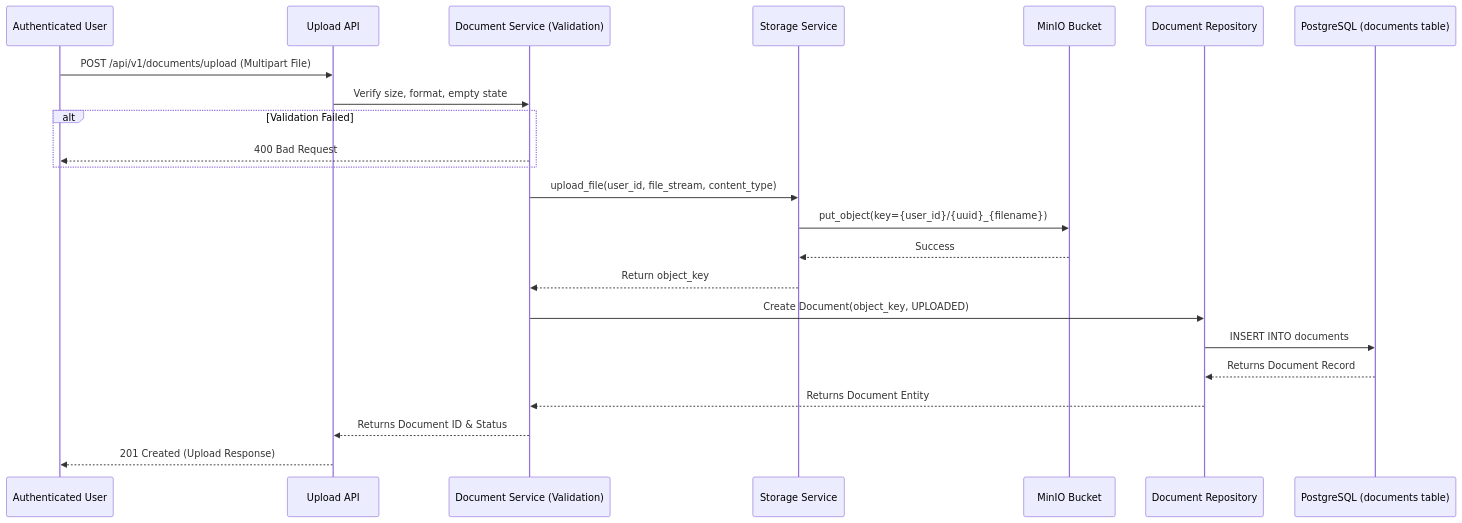
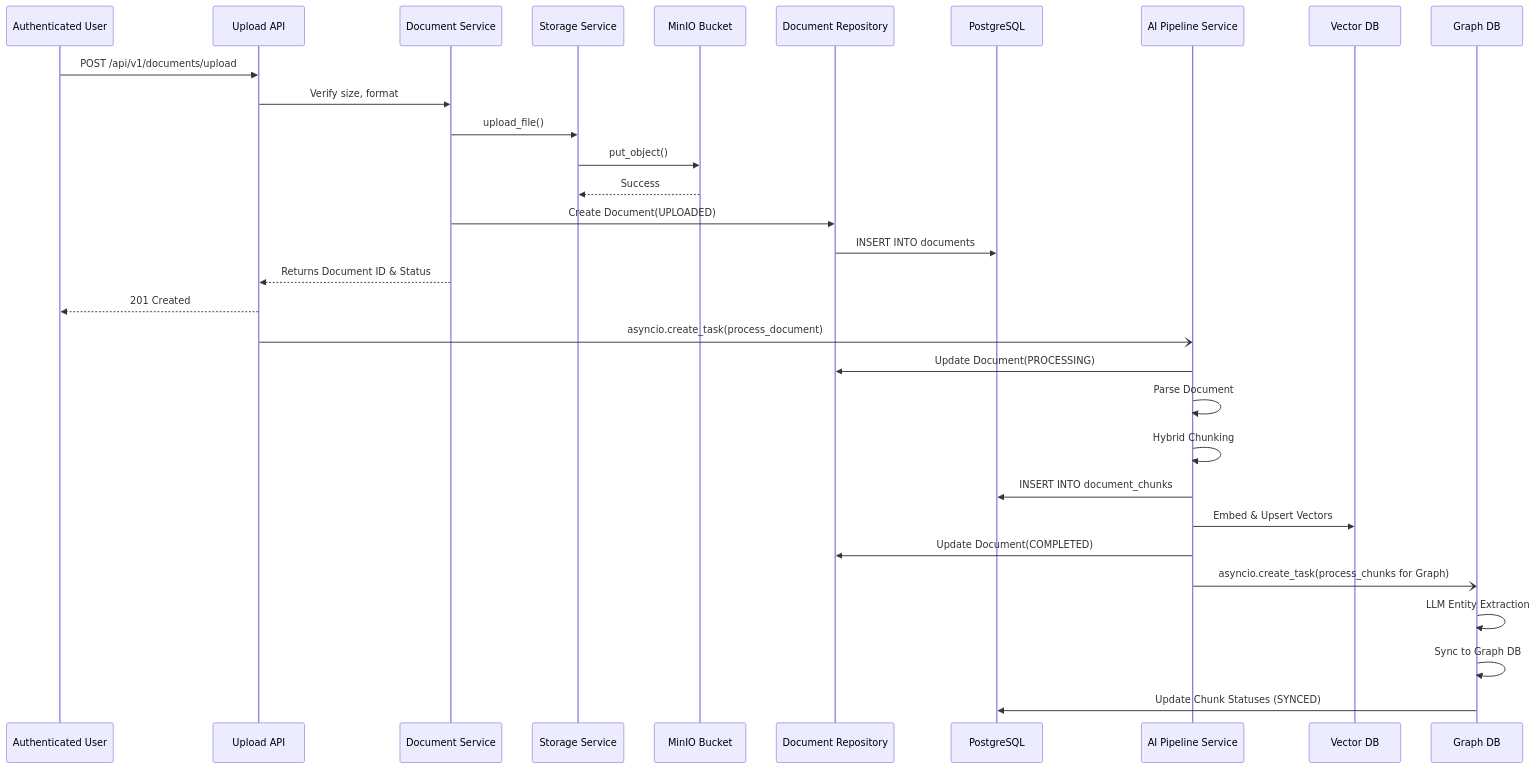
One commit to hassanyass/Hybrid-GraphRAG-AskMe changed the diagram in docs/SYSTEM_WORKFLOW.md. Above: the diagram before and after it, drawn with Mermaid. The commit also changed other lines of this file and 11 other files, not shown here.

````diff
--- a/docs/SYSTEM_WORKFLOW.md
+++ b/docs/SYSTEM_WORKFLOW.md
@@ -15,26 +15,38 @@
 ```mermaid
 sequenceDiagram
     participant User as Authenticated User
     participant API as Upload API
-    participant Validation as Document Service (Validation)
+    participant Validation as Document Service
     participant Storage as Storage Service
     participant MinIO as MinIO Bucket
     participant Repo as Document Repository
-    participant DB as PostgreSQL (documents table)
+    participant DB as PostgreSQL
+    participant Pipeline as AI Pipeline Service
+    participant Qdrant as Vector DB
+    participant Neo4j as Graph DB
 
-    User->>API: POST /api/v1/documents/upload (Multipart File)
-    API->>Validation: Verify size, format, empty state
-    alt Validation Failed
-        Validation-->>User: 400 Bad Request
-    end
-    Validation->>Storage: upload_file(user_id, file_stream, content_type)
-    Storage->>MinIO: put_object(key={user_id}/{uuid}_{filename})
+    User->>API: POST /api/v1/documents/upload
+    API->>Validation: Verify size, format
+    Validation->>Storage: upload_file()
+    Storage->>MinIO: put_object()
     MinIO-->>Storage: Success
-    Storage-->>Validation: Return object_key
-    Validation->>Repo: Create Document(object_key, UPLOADED)
+    Validation->>Repo: Create Document(UPLOADED)
     Repo->>DB: INSERT INTO documents
-    DB-->>Repo: Returns Document Record
-    Repo-->>Validation: Returns Document Entity
     Validation-->>API: Returns Document ID & Status
-    API-->>User: 201 Created (Upload Response)
+    API-->>User: 201 Created
+    
+    %% Background AI Pipeline
+    API-)Pipeline: asyncio.create_task(process_document)
+    Pipeline->>Repo: Update Document(PROCESSING)
+    Pipeline->>Pipeline: Parse Document
+    Pipeline->>Pipeline: Hybrid Chunking
+    Pipeline->>DB: INSERT INTO document_chunks
+    Pipeline->>Qdrant: Embed & Upsert Vectors
+    Pipeline->>Repo: Update Document(COMPLETED)
+    
+    %% Background Graph Extraction
+    Pipeline-)Neo4j: asyncio.create_task(process_chunks for Graph)
+    Neo4j->>Neo4j: LLM Entity Extraction
+    Neo4j->>Neo4j: Sync to Graph DB
+    Neo4j->>DB: Update Chunk Statuses (SYNCED)
 ```
````
